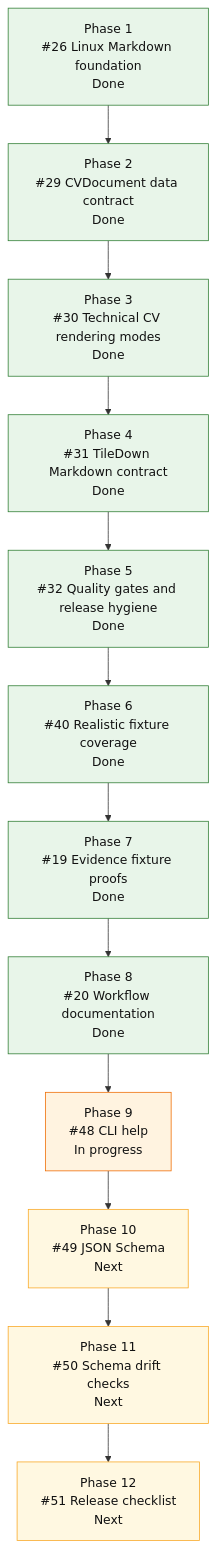
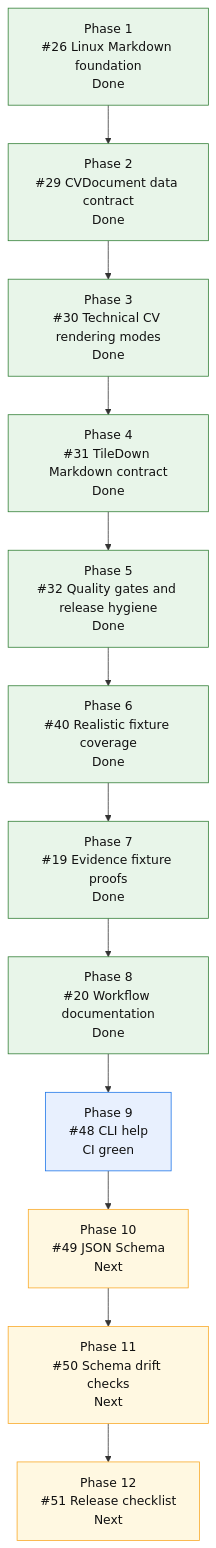
Before and after one commit to mihaelamj/cvbuilder: the diagram in README.md, drawn with Mermaid. The commit also changed 1 other file, not shown here.

Commit message:
docs(roadmap): mark CLI help CI green

````diff
--- a/README.md
+++ b/README.md
@@ -163,28 +163,28 @@
 ```mermaid
 flowchart TD
     P1["Phase 1<br/>#26 Linux Markdown foundation<br/>Done"]
     P2["Phase 2<br/>#29 CVDocument data contract<br/>Done"]
     P3["Phase 3<br/>#30 Technical CV rendering modes<br/>Done"]
     P4["Phase 4<br/>#31 TileDown Markdown contract<br/>Done"]
     P5["Phase 5<br/>#32 Quality gates and release hygiene<br/>Done"]
     P6["Phase 6<br/>#40 Realistic fixture coverage<br/>Done"]
     P7["Phase 7<br/>#19 Evidence fixture proofs<br/>Done"]
     P8["Phase 8<br/>#20 Workflow documentation<br/>Done"]
-    P9["Phase 9<br/>#48 CLI help<br/>In progress"]
+    P9["Phase 9<br/>#48 CLI help<br/>CI green"]
     P10["Phase 10<br/>#49 JSON Schema<br/>Next"]
     P11["Phase 11<br/>#50 Schema drift checks<br/>Next"]
     P12["Phase 12<br/>#51 Release checklist<br/>Next"]
 
     P1 --> P2 --> P3 --> P4 --> P5 --> P6 --> P7 --> P8 --> P9 --> P10 --> P11 --> P12
 
     classDef done fill:#e8f5e9,stroke:#2e7d32,color:#111;
     classDef active fill:#fff3e0,stroke:#ef6c00,color:#111;
     classDef review fill:#e8f0fe,stroke:#1a73e8,color:#111;
     classDef next fill:#fff8e1,stroke:#f9a825,color:#111;
     classDef partial fill:#e0f7fa,stroke:#00838f,color:#111;
     classDef todo fill:#eef3ff,stroke:#3367d6,color:#111;
     class P1,P2,P3,P4 done;
     class P5,P6,P7,P8 done;
-    class P9 active;
+    class P9 review;
     class P10,P11,P12 next;
 ```
````
